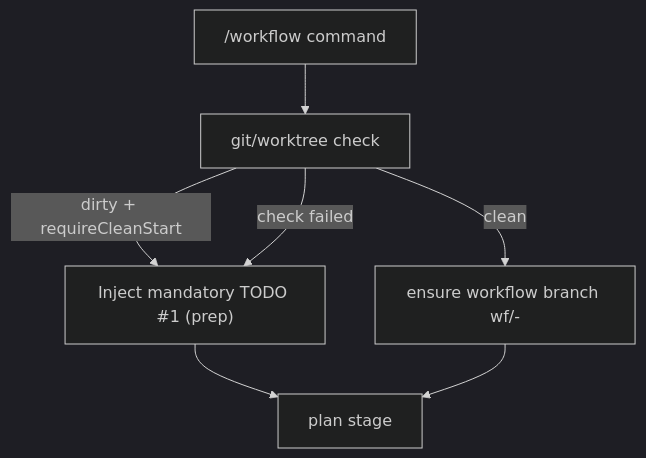
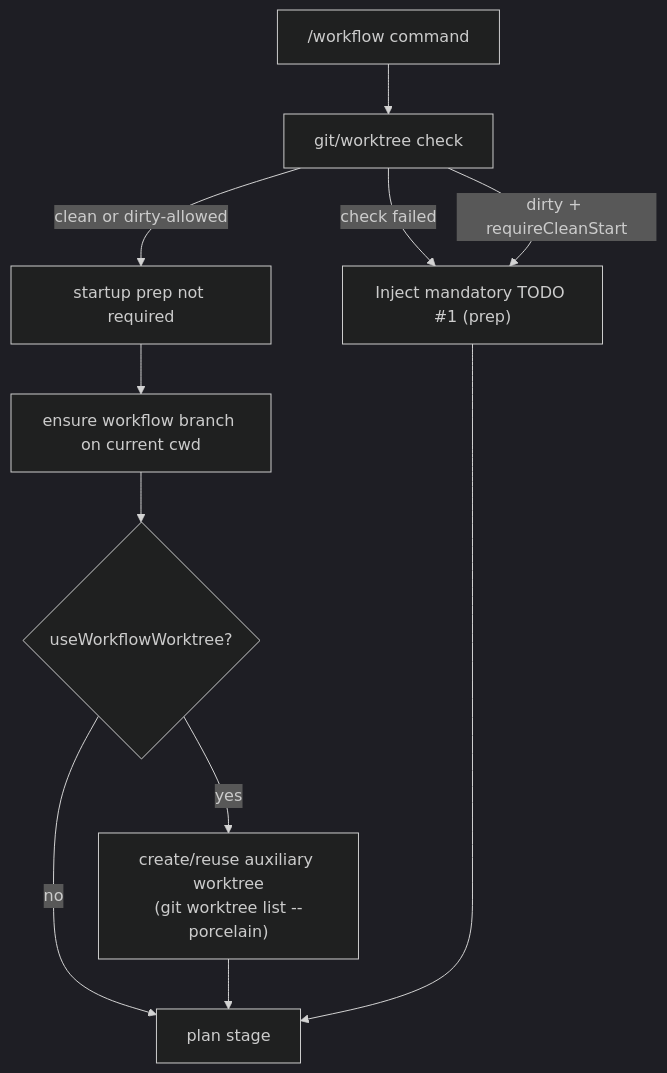
The second of 10 diagrams in ARCHITECTURE.md (popododo0720/pi-stuff), drawn with Mermaid (dark theme) before and after one commit. The commit also changed other lines of this file and 4 other files, not shown here.

Commit message:
chore(workflow): TODO #2 - verification PASS/FAIL 판정을 severity flag 우선으로 강제(🔴/🟡 규칙, VERDICT 보조)

````diff
--- a/ARCHITECTURE.md
+++ b/ARCHITECTURE.md
@@ -79,9 +79,14 @@
 ```mermaid
 flowchart TD
     WF["/workflow command"] --> CHECK["git/worktree check"]
-    CHECK -->|dirty + requireCleanStart| PREP["Inject mandatory TODO #1 (prep)"]
-    CHECK -->|clean| BRANCH["ensure workflow branch wf/<id>-<slug>"]
-    CHECK -->|check failed| PREP
-    PREP --> PLAN["plan stage"]
-    BRANCH --> PLAN
+    CHECK -->|check failed| PREP["Inject mandatory TODO #1 (prep)"]
+    CHECK -->|dirty + requireCleanStart| PREP
+    CHECK -->|clean or dirty-allowed| PREP_OK["startup prep not required"]
+
+    PREP_OK --> BRANCH["ensure workflow branch on current cwd"]
+    BRANCH --> WT{"useWorkflowWorktree?"}
+    WT -->|yes| AUX["create/reuse auxiliary worktree\n(git worktree list --porcelain)"]
+    WT -->|no| PLAN["plan stage"]
+    AUX --> PLAN
+    PREP --> PLAN
 ```
````
